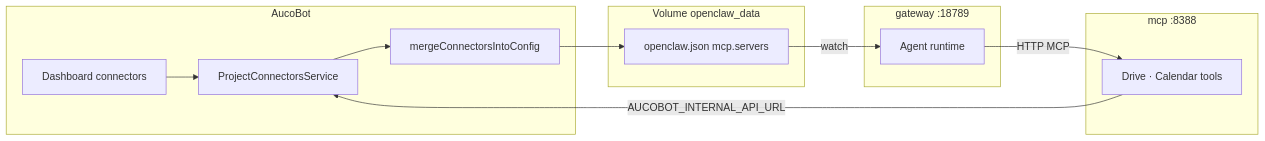
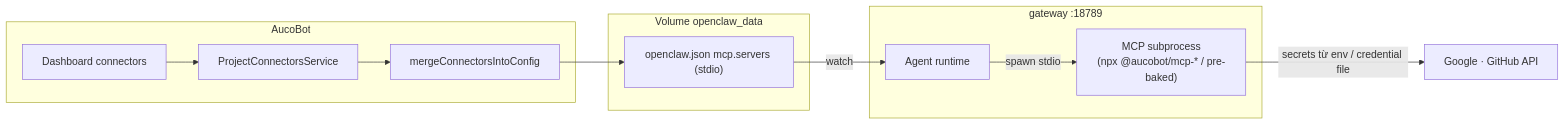
Diagram 11 of 17 in workflow.md (mankhb2k/claw-dashboard), drawn with Mermaid before and after one commit. The commit also changed other lines of this file and 94 other files, not shown here.

Commit message:
update architecture

````diff
--- a/workflow.md
+++ b/workflow.md
@@ -408,25 +404,22 @@
 ```mermaid
 flowchart LR
   subgraph aucobot["AucoBot"]
     UI["Dashboard connectors"]
     SVC["ProjectConnectorsService"]
     SYNC["mergeConnectorsIntoConfig"]
   end
 
   subgraph volume["Volume openclaw_data"]
-    JSON["openclaw.json mcp.servers"]
-  end
-
-  subgraph mcp_svc["mcp :8388"]
-    TOOLS["Drive · Calendar tools"]
+    JSON["openclaw.json mcp.servers (stdio)"]
   end
 
   subgraph worker["gateway :18789"]
     AG["Agent runtime"]
+    PROC["MCP subprocess\n(npx @aucobot/mcp-* / pre-baked)"]
   end
 
   UI --> SVC --> SYNC --> JSON
   JSON -->|watch| AG
-  AG -->|HTTP MCP| TOOLS
-  TOOLS -->|AUCOBOT_INTERNAL_API_URL| SVC
+  AG -->|spawn stdio| PROC
+  PROC -->|secrets từ env / credential file| EXT["Google · GitHub API"]
 ```
````
